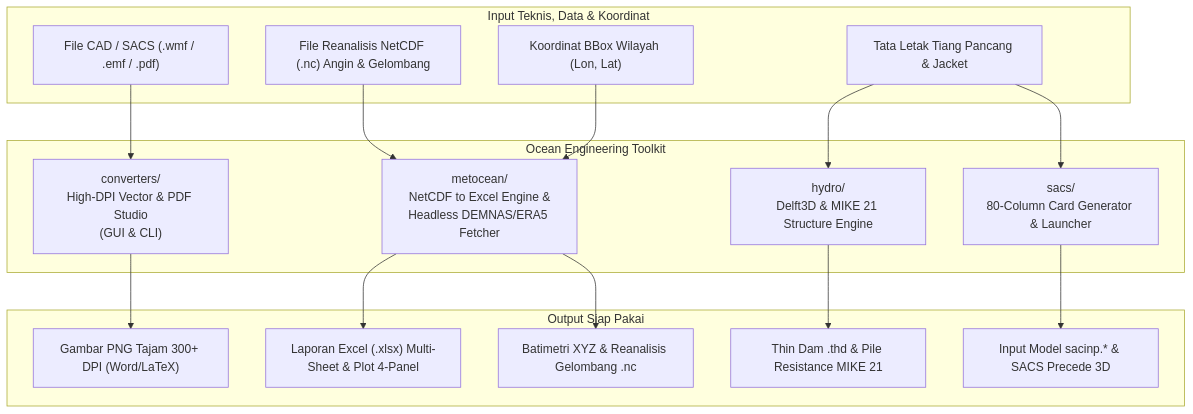
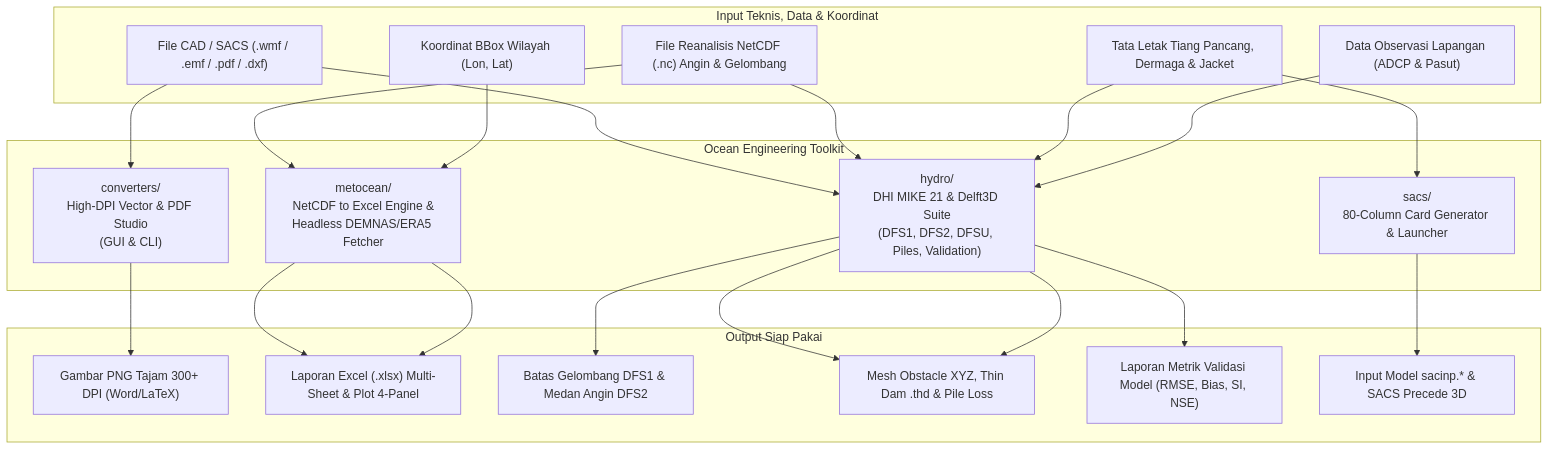
Before and after one commit to Asikraam/ocean-engineering-toolkit: the diagram in README.md, drawn with Mermaid. The commit also changed other lines of this file and 12 other files, not shown here.

Commit message:
feat: integrate DHI MIKE 21 numerical modeling automation suite and CAD/GIS boundary tools

````diff
--- a/README.md
+++ b/README.md
@@ -17,30 +17,35 @@
 ```mermaid
 flowchart TD
     subgraph INPUT ["Input Teknis, Data & Koordinat"]
-        A["File CAD / SACS (.wmf / .emf / .pdf)"]
+        A["File CAD / SACS (.wmf / .emf / .pdf / .dxf)"]
         B["File Reanalisis NetCDF (.nc) Angin & Gelombang"]
         C["Koordinat BBox Wilayah (Lon, Lat)"]
-        D["Tata Letak Tiang Pancang & Jacket"]
+        D["Tata Letak Tiang Pancang, Dermaga & Jacket"]
+        E["Data Observasi Lapangan (ADCP & Pasut)"]
     end
 
     subgraph TOOLKIT ["Ocean Engineering Toolkit"]
         M1["converters/<br>High-DPI Vector & PDF Studio<br>(GUI & CLI)"]
         M2["metocean/<br>NetCDF to Excel Engine &<br>Headless DEMNAS/ERA5 Fetcher"]
-        M3["hydro/<br>Delft3D & MIKE 21 Structure Engine"]
+        M3["hydro/<br>DHI MIKE 21 & Delft3D Suite<br>(DFS1, DFS2, DFSU, Piles, Validation)"]
         M4["sacs/<br>80-Column Card Generator & Launcher"]
     end
 
     subgraph OUTPUT ["Output Siap Pakai"]
         O1["Gambar PNG Tajam 300+ DPI (Word/LaTeX)"]
         O2["Laporan Excel (.xlsx) Multi-Sheet & Plot 4-Panel"]
-        O3["Batimetri XYZ & Reanalisis Gelombang .nc"]
-        O4["Thin Dam .thd & Pile Resistance MIKE 21"]
-        O5["Input Model sacinp.* & SACS Precede 3D"]
+        O3["Batas Gelombang DFS1 & Medan Angin DFS2"]
+        O4["Mesh Obstacle XYZ, Thin Dam .thd & Pile Loss"]
+        O5["Laporan Metrik Validasi Model (RMSE, Bias, SI, NSE)"]
+        O6["Input Model sacinp.* & SACS Precede 3D"]
     end
 
     A --> M1 --> O1
+    A --> M3 --> O4
     B --> M2 --> O2
-    C --> M2 --> O3
+    B --> M3 --> O3
+    C --> M2 --> O2
     D --> M3 --> O4
-    D --> M4 --> O5
+    D --> M4 --> O6
+    E --> M3 --> O5
 ```
````
